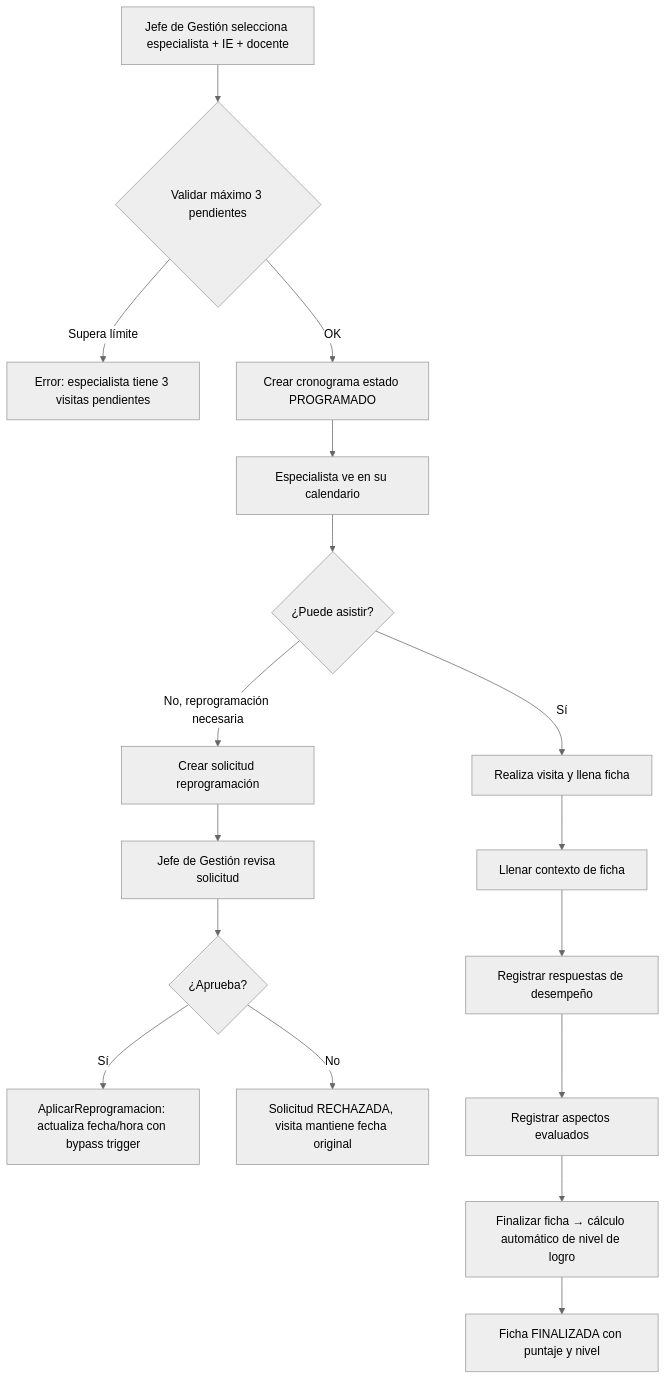
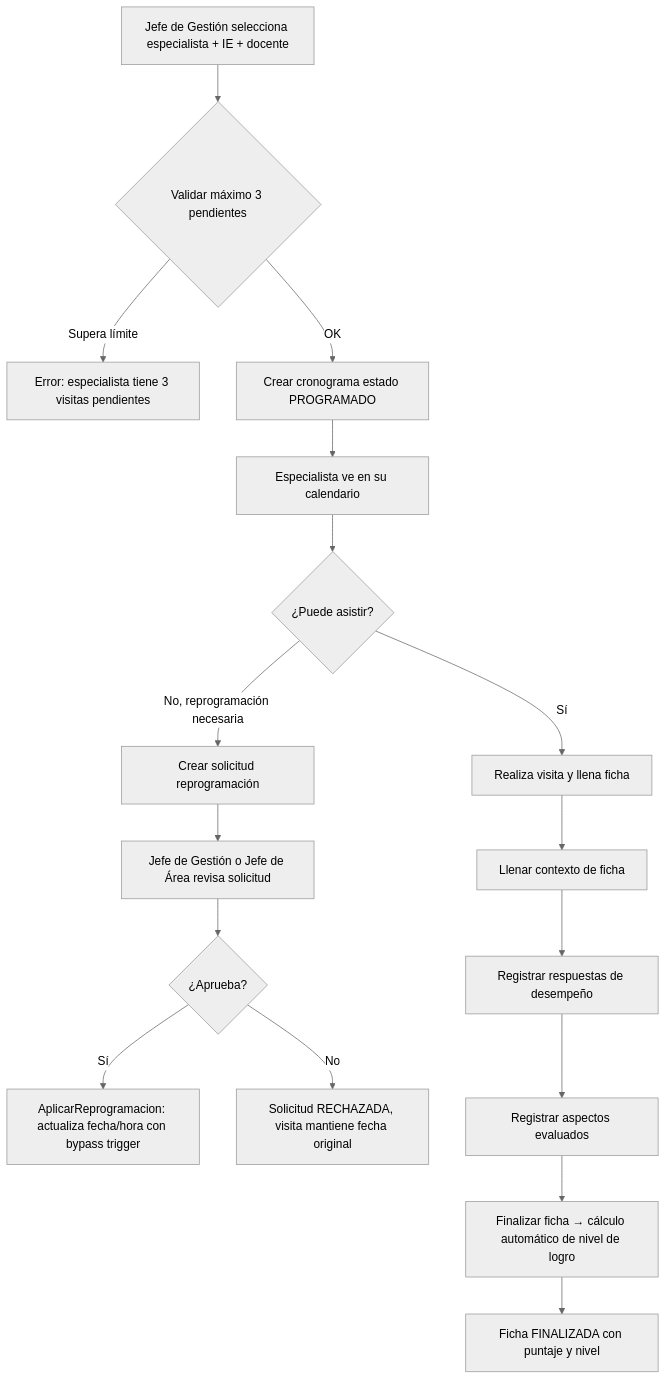
The fifth of 6 diagrams in PROJECT_DOCUMENTATION.md (Lapisoft-G5/Sistema-Monitoreo), drawn with Mermaid (neutral theme) before and after one commit. The commit also changed other lines of this file, not shown here.

````diff
--- a/PROJECT_DOCUMENTATION.md
+++ b/PROJECT_DOCUMENTATION.md
@@ -669,19 +673,19 @@
 ```mermaid
 flowchart TD
     A[Jefe de Gestión selecciona especialista + IE + docente] --> B{Validar máximo 3 pendientes}
     B -->|Supera límite| C[Error: especialista tiene 3 visitas pendientes]
     B -->|OK| D[Crear cronograma estado PROGRAMADO]
     D --> E[Especialista ve en su calendario]
     E --> F{¿Puede asistir?}
     F -->|Sí| G[Realiza visita y llena ficha]
     F -->|No, reprogramación necesaria| H[Crear solicitud reprogramación]
-    H --> I[Jefe de Gestión revisa solicitud]
+    H --> I[Jefe de Gestión o Jefe de Área revisa solicitud]
     I --> J{¿Aprueba?}
     J -->|Sí| K[AplicarReprogramacion: actualiza fecha/hora con bypass trigger]
     J -->|No| L[Solicitud RECHAZADA, visita mantiene fecha original]
     G --> M[Llenar contexto de ficha]
     M --> N[Registrar respuestas de desempeño]
     N --> O[Registrar aspectos evaluados]
     O --> P[Finalizar ficha → cálculo automático de nivel de logro]
     P --> Q[Ficha FINALIZADA con puntaje y nivel]
 ```
````
